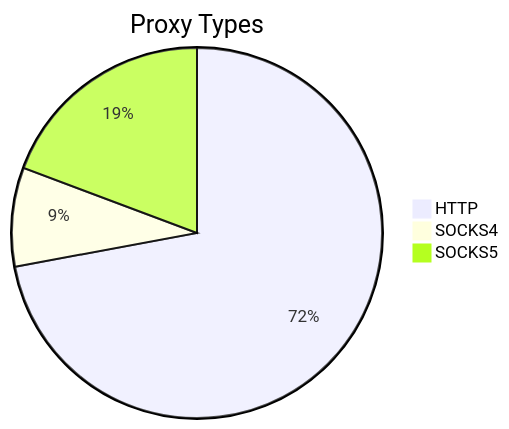
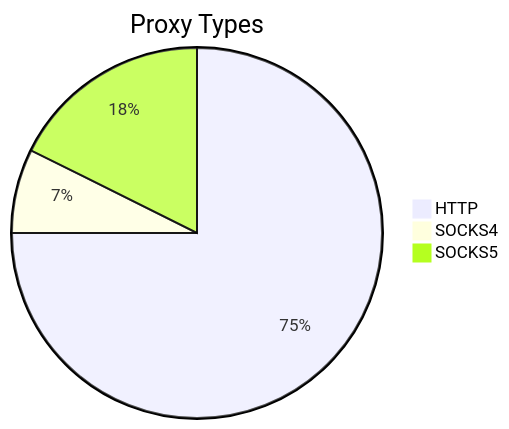
One commit to stormsia/proxy-list changed the first of 2 diagrams in README.md. Above: the diagram before and after it, drawn with Mermaid. The commit also changed other lines of this file, not shown here.

````diff
--- a/README.md
+++ b/README.md
@@ -21,6 +21,6 @@
 ```mermaid
 pie title Proxy Types
-    "HTTP" : 284
-    "SOCKS4" : 34
-    "SOCKS5" : 76
+    "HTTP" : 255
+    "SOCKS4" : 25
+    "SOCKS5" : 60
 ```
````
